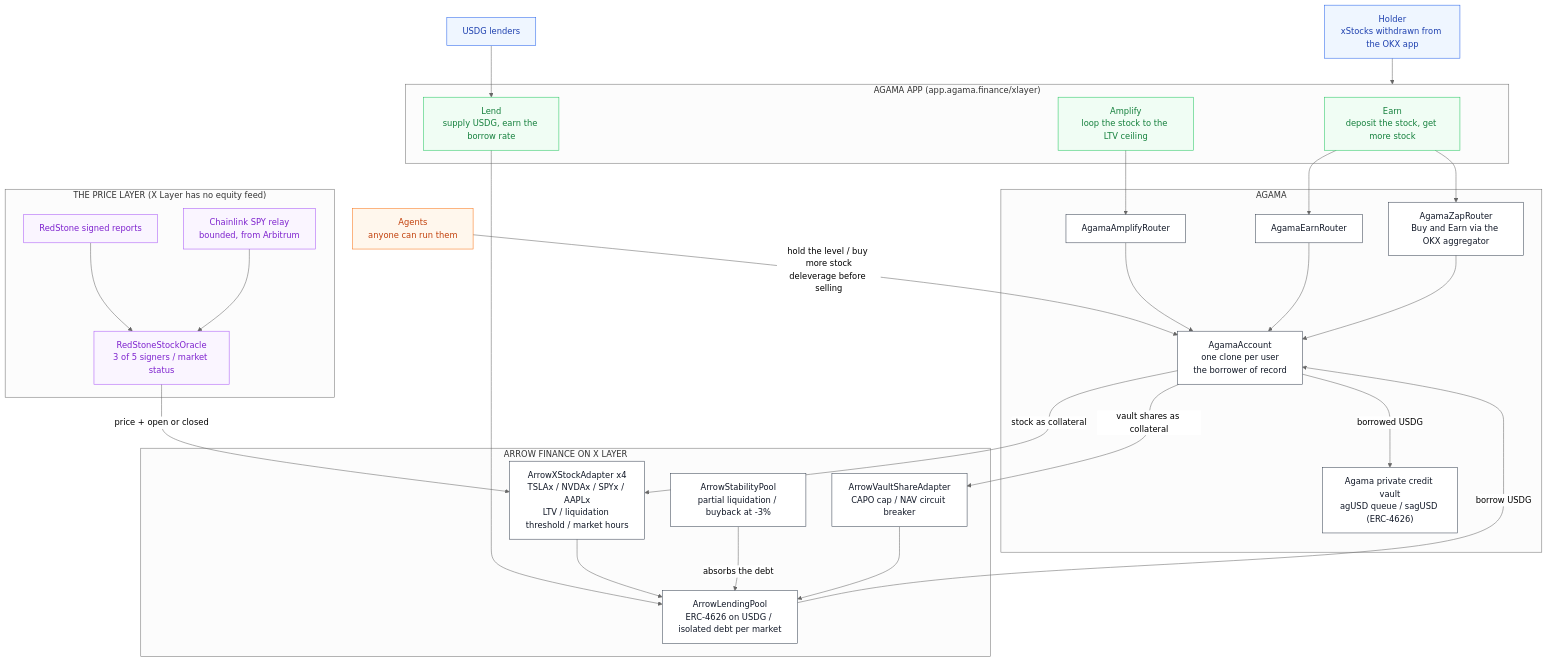
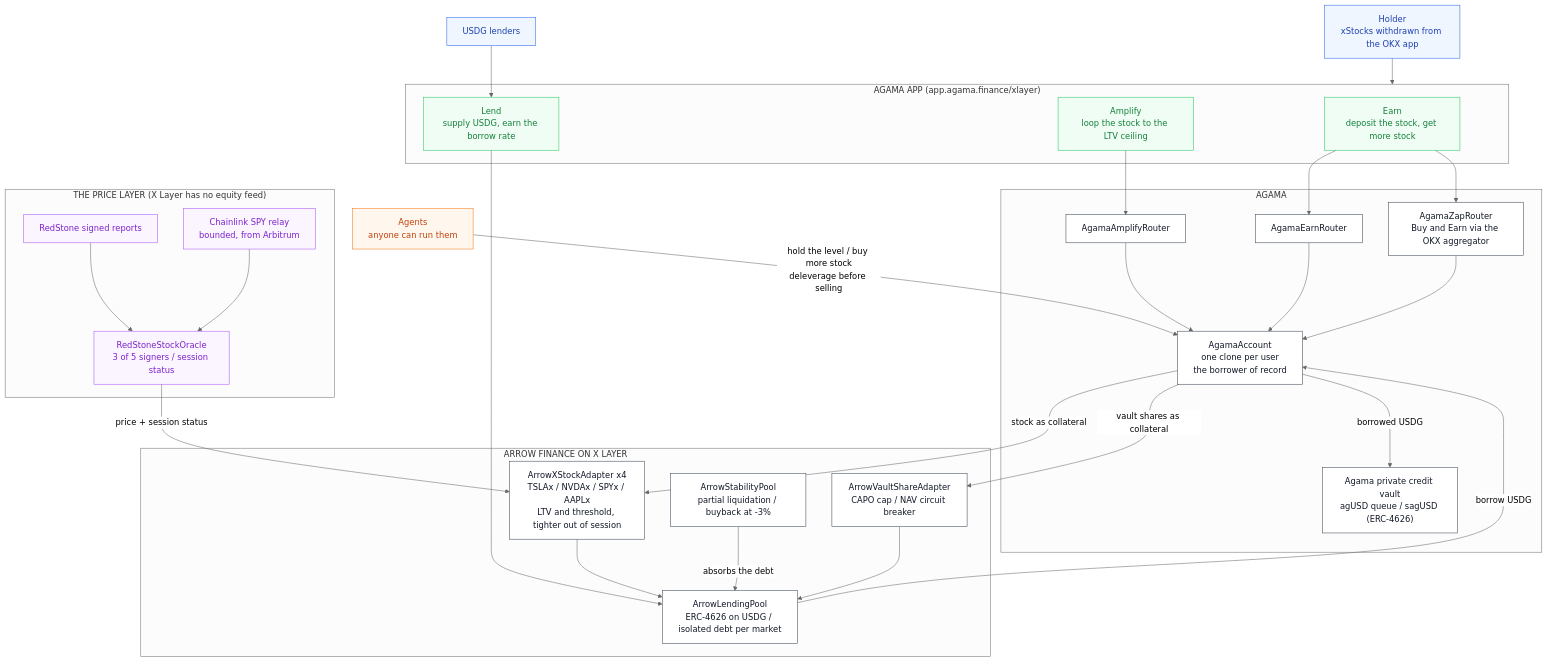
Before and after one commit to agamafinance/agama-xlayer: the diagram in README.md, drawn with Mermaid (neutral theme). The commit also changed other lines of this file and 7 other files, not shown here.

First line of the commit message:
feat(contracts): the market does not keep office hours, the terms do

````diff
--- a/README.md
+++ b/README.md
@@ -20,66 +20,66 @@
 ```mermaid
 flowchart TB
     USER["Holder<br/>xStocks withdrawn from the OKX app"]
 
     subgraph app["AGAMA APP (app.agama.finance/xlayer)"]
         EARN["Earn<br/>deposit the stock, get more stock"]
         AMP["Amplify<br/>loop the stock to the LTV ceiling"]
         LEND["Lend<br/>supply USDG, earn the borrow rate"]
     end
 
     subgraph agama["AGAMA"]
         ER["AgamaEarnRouter"]
         AR["AgamaAmplifyRouter"]
         ZR["AgamaZapRouter<br/>Buy and Earn via the OKX aggregator"]
         AC["AgamaAccount<br/>one clone per user<br/>the borrower of record"]
         VAULT["Agama private credit vault<br/>agUSD queue / sagUSD (ERC-4626)"]
     end
 
     subgraph arrow["ARROW FINANCE ON X LAYER"]
         POOL["ArrowLendingPool<br/>ERC-4626 on USDG / isolated debt per market"]
-        XA["ArrowXStockAdapter x4<br/>TSLAx / NVDAx / SPYx / AAPLx<br/>LTV / liquidation threshold / market hours"]
+        XA["ArrowXStockAdapter x4<br/>TSLAx / NVDAx / SPYx / AAPLx<br/>LTV and threshold, tighter out of session"]
         VA["ArrowVaultShareAdapter<br/>CAPO cap / NAV circuit breaker"]
         SP["ArrowStabilityPool<br/>partial liquidation / buyback at -3%"]
     end
 
     subgraph price["THE PRICE LAYER (X Layer has no equity feed)"]
-        ORACLE["RedStoneStockOracle<br/>3 of 5 signers / market status"]
+        ORACLE["RedStoneStockOracle<br/>3 of 5 signers / session status"]
         RS["RedStone signed reports"]
         CL["Chainlink SPY relay<br/>bounded, from Arbitrum"]
     end
 
     AGENTS["Agents<br/>anyone can run them"]
     LENDERS["USDG lenders"]
 
     USER --> app
     EARN --> ER
     AMP --> AR
     EARN --> ZR
     ER --> AC
     AR --> AC
     ZR --> AC
     AC -->|"stock as collateral"| XA
     AC -->|"vault shares as collateral"| VA
     AC -->|"borrowed USDG"| VAULT
     XA --> POOL
     VA --> POOL
     POOL -->|"borrow USDG"| AC
     LENDERS --> LEND --> POOL
     SP -->|"absorbs the debt"| POOL
     AGENTS -->|"hold the level / buy more stock<br/>deleverage before selling"| AC
     RS --> ORACLE
     CL --> ORACLE
-    ORACLE -->|"price + open or closed"| XA
+    ORACLE -->|"price + session status"| XA
 
     classDef actor fill:#eff6ff,stroke:#2563eb,color:#1e40af
     classDef product fill:#f0fdf4,stroke:#22c55e,color:#15803d
     classDef core fill:#ffffff,stroke:#374151,color:#111827
     classDef oracle fill:#faf5ff,stroke:#a855f7,color:#7e22ce
     classDef bot fill:#fff7ed,stroke:#f97316,color:#c2410c
 
     class USER,LENDERS actor
     class EARN,AMP,LEND product
     class ER,AR,ZR,AC,VAULT,POOL,XA,VA,SP core
     class ORACLE,RS,CL oracle
     class AGENTS bot
 ```
````
